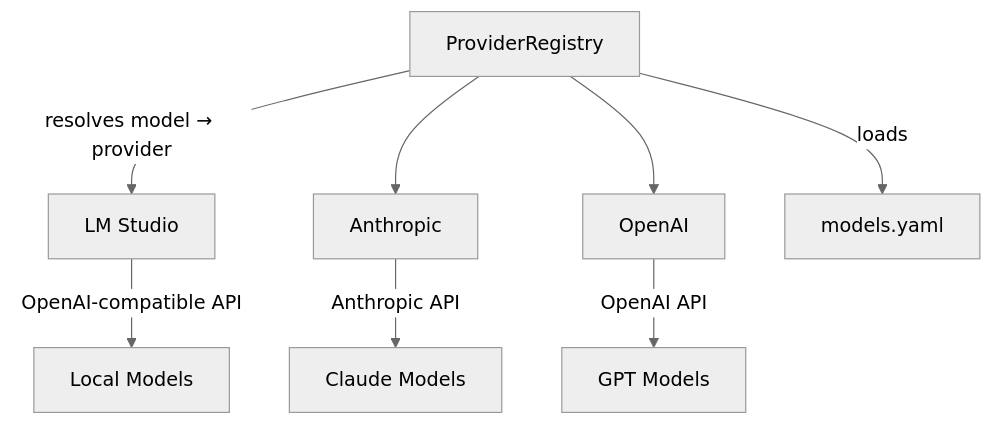
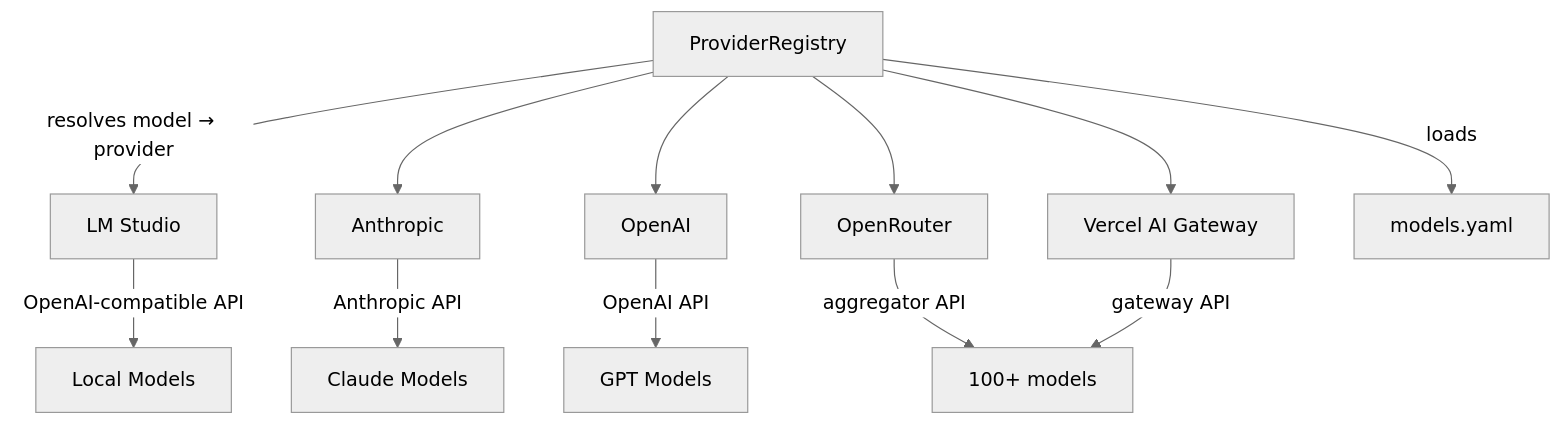
One commit to QR-Madness/agentx changed the diagram in docs-site/src/content/docs/features/providers.md. Above: the diagram before and after it, drawn with Mermaid (neutral theme). The commit also changed other lines of this file and 14 other files, not shown here.

````diff
--- a/docs-site/src/content/docs/features/providers.md
+++ b/docs-site/src/content/docs/features/providers.md
@@ -7,11 +7,15 @@
 ```mermaid
 graph TD
     R[ProviderRegistry] --> |resolves model → provider| LMS[LM Studio]
     R --> ANT[Anthropic]
     R --> OAI[OpenAI]
+    R --> ORT[OpenRouter]
+    R --> VRC[Vercel AI Gateway]
     R --> |loads| MY[models.yaml]
 
     LMS --> |OpenAI-compatible API| LOCAL[Local Models]
     ANT --> |Anthropic API| CLAUDE[Claude Models]
     OAI --> |OpenAI API| GPT[GPT Models]
+    ORT --> |aggregator API| MANY[100+ models]
+    VRC --> |gateway API| MANY
 ```
````
